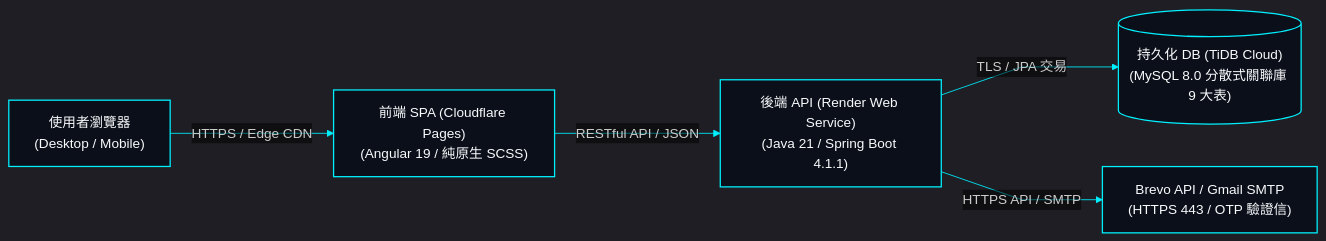
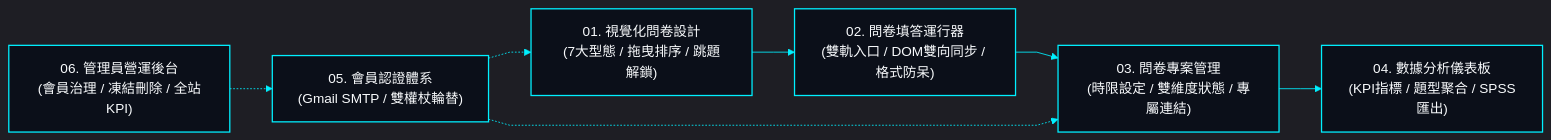
One commit to EricXJason/survey-flow changed the first of 3 diagrams in README.md. Above: the diagram before and after it, drawn with Mermaid. The commit also changed other lines of this file and 17 other files, not shown here.

````diff
--- a/README.md
+++ b/README.md
@@ -57,16 +24,17 @@
 ```mermaid
 %%{init: {'theme': 'dark', 'themeVariables': { 'darkMode': true, 'background': '#030712', 'primaryColor': '#0b0f19', 'primaryTextColor': '#f8fafc', 'primaryBorderColor': '#00f0ff', 'lineColor': '#00f0ff', 'edgeLabelBackground': 'transparent', 'fontFamily': 'system-ui, sans-serif' }, 'flowchart': { 'curve': 'linear' } }}%%
 flowchart LR
     classDef hudCard fill:#0b0f19,stroke:#00f0ff,stroke-width:1.5px,color:#f8fafc,rx:0px,ry:0px;
 
-    Client["使用者瀏覽器<br/>(Desktop / Mobile)"]:::hudCard
-    FE["前端 SPA (Cloudflare Pages)<br/>(Angular 19 / 純原生 SCSS)"]:::hudCard
-    BE["後端 API (Render Web Service)<br/>(Java 21 / Spring Boot 4.1.1)"]:::hudCard
-    DB[("持久化 DB (TiDB Cloud)<br/>(MySQL 8.0 分散式關聯庫 9 大表)")]:::hudCard
-    Brevo["Brevo API / Gmail SMTP<br/>(HTTPS 443 / OTP 驗證信)"]:::hudCard
+    M1["01. 視覺化問卷設計<br/>(7大型態 / 拖曳排序 / 跳題解鎖)"]:::hudCard
+    M2["02. 問卷填答運行器<br/>(雙軌入口 / DOM雙向同步 / 格式防呆)"]:::hudCard
+    M3["03. 問卷專案管理<br/>(時限設定 / 雙維度狀態 / 專屬連結)"]:::hudCard
+    M4["04. 數據分析儀表板<br/>(KPI指標 / 題型聚合 / SPSS匯出)"]:::hudCard
+    M5["05. 會員認證體系<br/>(Gmail SMTP / 雙權杖輪替)"]:::hudCard
+    M6["06. 管理員營運後台<br/>(會員治理 / 凍結刪除 / 全站KPI)"]:::hudCard
 
-    Client -->|"HTTPS / Edge CDN"| FE
-    FE -->|"RESTful API / JSON"| BE
-    BE -->|"TLS / JPA 交易"| DB
-    BE -->|"HTTPS API / SMTP"| Brevo
+    M1 --> M2 --> M3 --> M4
+    M5 -.-> M1
+    M5 -.-> M3
+    M6 -.-> M5
 ```
````
